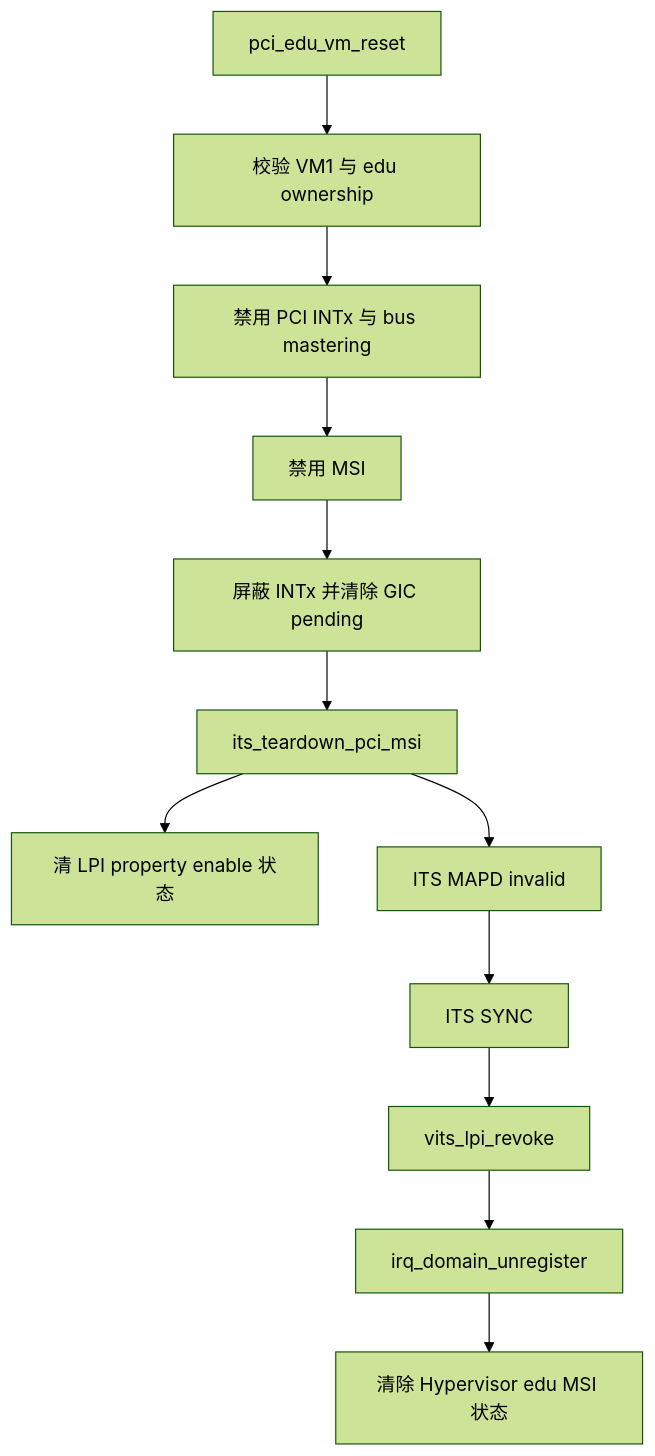
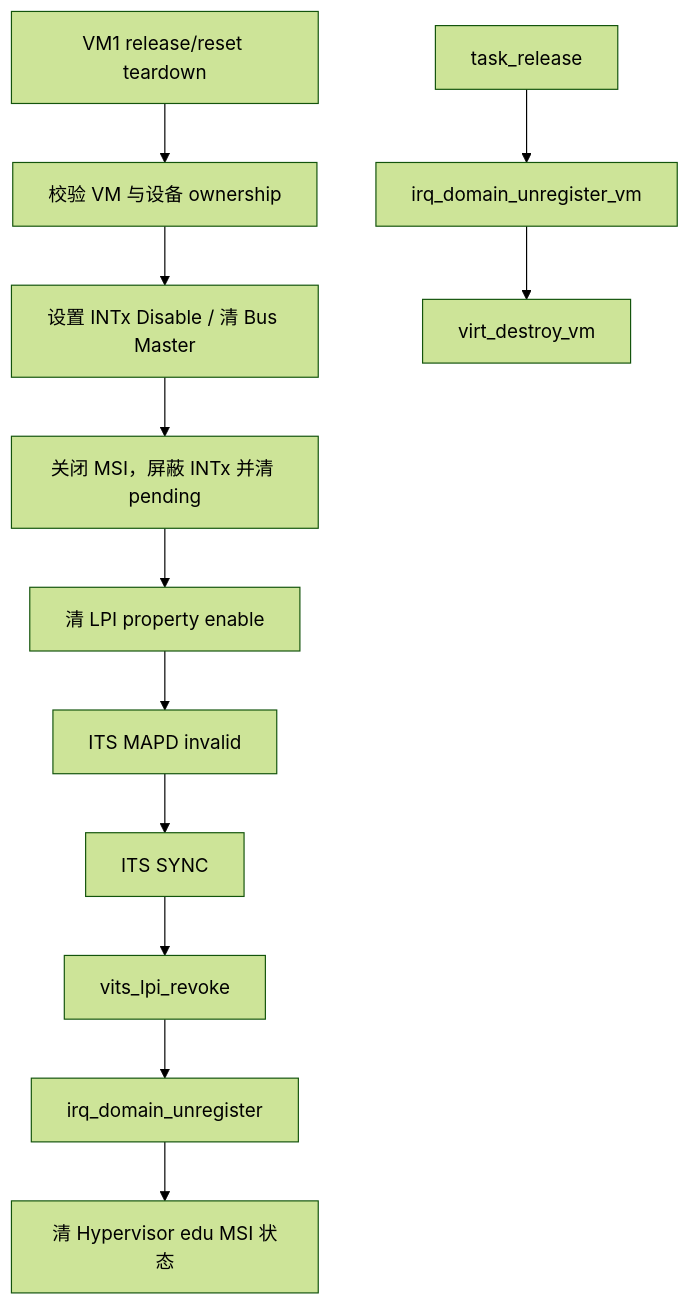
One commit to huangtan203/avisor changed the third of 4 diagrams in docs/Phase105_IRQ迁移与设备释放_详细设计文档.md. Above: the diagram before and after it, drawn with Mermaid (forest theme). The commit also changed other lines of this file, not shown here.

Commit message:
docs(irq): rebuild Phase 105 teardown design

````diff
--- a/docs/Phase105_IRQ迁移与设备释放_详细设计文档.md
+++ b/docs/Phase105_IRQ迁移与设备释放_详细设计文档.md
@@ -32,14 +54,14 @@
 ```mermaid
 flowchart TD
-    A[pci_edu_vm_reset] --> B[校验 VM1 与 edu ownership]
-    B --> C[禁用 PCI INTx 与 bus mastering]
-    C --> D[禁用 MSI]
-    D --> E[屏蔽 INTx 并清除 GIC pending]
-    E --> F[its_teardown_pci_msi]
-    F --> G[清 LPI property enable 状态]
-    F --> H[ITS MAPD invalid]
-    H --> I[ITS SYNC]
-    I --> J[vits_lpi_revoke]
-    J --> K[irq_domain_unregister]
-    K --> L[清除 Hypervisor edu MSI 状态]
+    A[VM1 release/reset teardown] --> B[校验 VM 与设备 ownership]
+    B --> C[设置 INTx Disable / 清 Bus Master]
+    C --> D[关闭 MSI，屏蔽 INTx 并清 pending]
+    D --> E[清 LPI property enable]
+    E --> F[ITS MAPD invalid]
+    F --> G[ITS SYNC]
+    G --> H[vits_lpi_revoke]
+    H --> I[irq_domain_unregister]
+    I --> J[清 Hypervisor edu MSI 状态]
+    K[task_release] --> L[irq_domain_unregister_vm]
+    L --> M[virt_destroy_vm]
 ```
````
